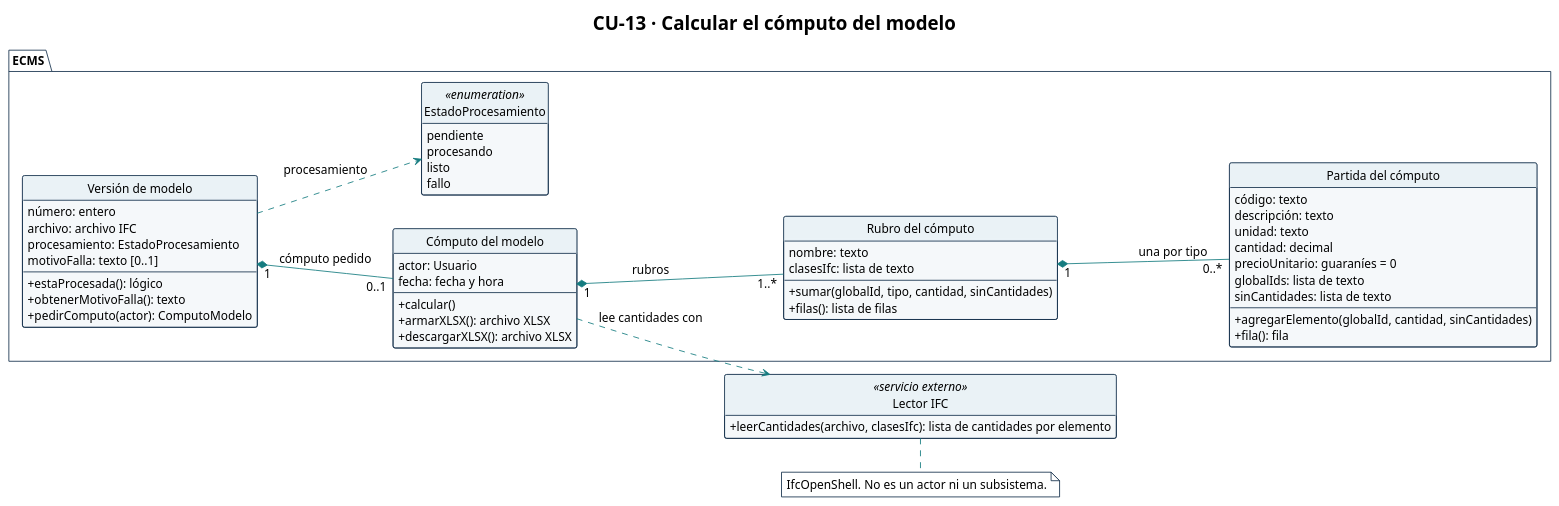
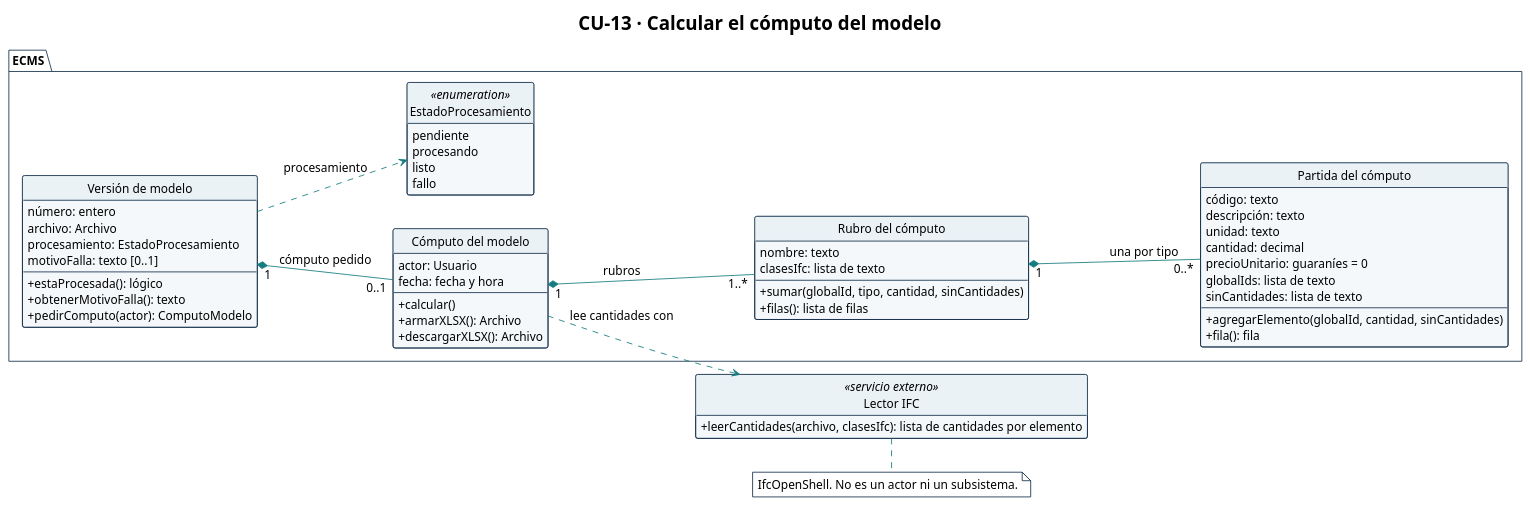
Before and after one commit to Ssrrb/tpf-uca: the diagram in diagramas/CU-13-clases.puml, drawn with PlantUML. The commit also changed 9 other files, not shown here.

First line of the commit message:
Diagrama de subsistemas (TPC 07) y avance de la pasada de consistencia

```diff
--- a/diagramas/CU-13-clases.puml
+++ b/diagramas/CU-13-clases.puml
@@ -1,94 +1,94 @@
 @startuml
 title CU-13 · Calcular el cómputo del modelo
 !theme plain
 skinparam style strictuml
 hide circle
 hide empty methods
 hide empty fields
 skinparam shadowing false
 skinparam classAttributeIconSize 0
 skinparam defaultFontName Arial
 skinparam defaultFontSize 14
 skinparam nodesep 40
 skinparam ranksep 50
 skinparam ArrowColor #167C80
 skinparam class {
   BackgroundColor #F5F8FA
   BorderColor #17324D
   HeaderBackgroundColor #EAF2F6
 }
 skinparam package {
   BackgroundColor #FFFFFF
   BorderColor #17324D
 }
 skinparam note {
   BackgroundColor #FFFFFF
   BorderColor #17324D
 }
 left to right direction
 
 package "ECMS" {
   class "Versión de modelo" as VersionModelo {
     número: entero
-    archivo: archivo IFC
+    archivo: Archivo
     procesamiento: EstadoProcesamiento
     motivoFalla: texto [0..1]
     --
     + estaProcesada(): lógico
     + obtenerMotivoFalla(): texto
     + pedirComputo(actor): ComputoModelo
   }
 
   class "Cómputo del modelo" as ComputoModelo {
     actor: Usuario
     fecha: fecha y hora
     --
     + calcular()
-    + armarXLSX(): archivo XLSX
-    + descargarXLSX(): archivo XLSX
+    + armarXLSX(): Archivo
+    + descargarXLSX(): Archivo
   }
 
   class "Rubro del cómputo" as RubroComputo {
     nombre: texto
     clasesIfc: lista de texto
     --
     + sumar(globalId, tipo, cantidad, sinCantidades)
     + filas(): lista de filas
   }
 
   class "Partida del cómputo" as PartidaComputo {
     código: texto
     descripción: texto
     unidad: texto
     cantidad: decimal
     precioUnitario: guaraníes = 0
     globalIds: lista de texto
     sinCantidades: lista de texto
     --
     + agregarElemento(globalId, cantidad, sinCantidades)
     + fila(): fila
   }
 
   enum EstadoProcesamiento <<enumeration>> {
     pendiente
     procesando
     listo
     fallo
   }
 }
 
 class "Lector IFC" as LectorIFC <<servicio externo>> {
   + leerCantidades(archivo, clasesIfc): lista de cantidades por elemento
 }
 
 note bottom of LectorIFC
   IfcOpenShell. No es un actor ni un subsistema.
 end note
 
 VersionModelo "1" *-- "0..1" ComputoModelo : cómputo pedido
 ComputoModelo "1" *-- "1..*" RubroComputo : rubros
 RubroComputo "1" *-- "0..*" PartidaComputo : una por tipo
 ComputoModelo ..> LectorIFC : lee cantidades con
 VersionModelo ..> EstadoProcesamiento : procesamiento
 
 @enduml
```
